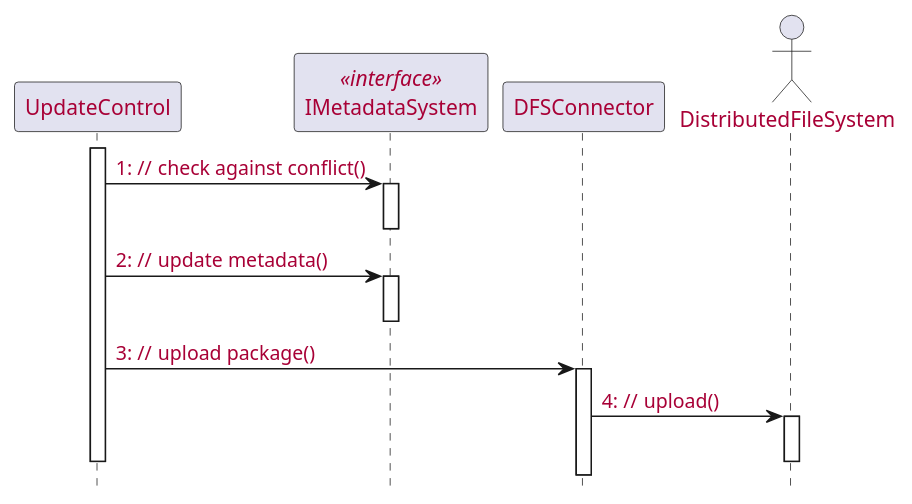
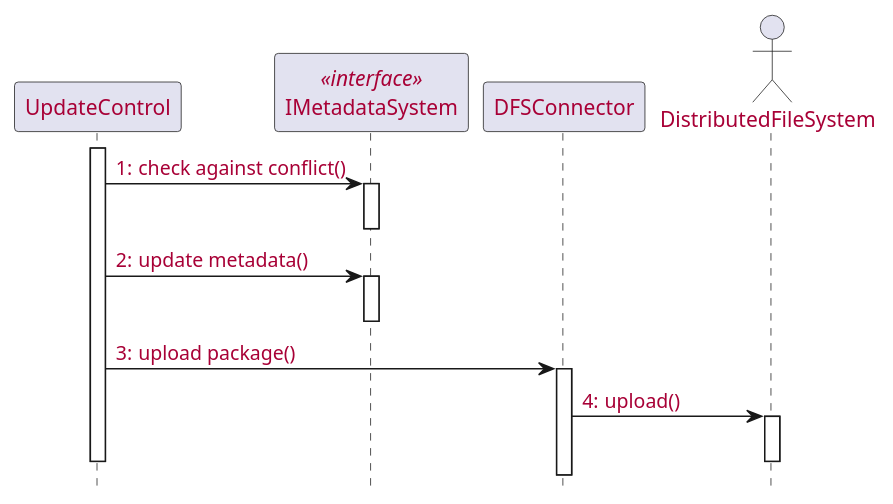
One commit to McSinyx/ipppi changed diagram 13 of 14 in source/solution/use-case-design.rst. Above: the diagram before and after it, drawn with PlantUML. The commit also changed other lines of this file and 1 other file, not shown here.

```diff
--- a/source/solution/use-case-design.rst
+++ b/source/solution/use-case-design.rst
@@ -504,22 +432,22 @@
 .. uml::
 
    skinparam defaultFontColor #a80036
-   autonumber "#: //"
+   autonumber "#:"
    autoactivate on
    hide footbox
 
    participant UpdateControl
    participant IMetadataSystem <<interface>>
    participant DFSConnector
    actor DistributedFileSystem
 
    activate UpdateControl
    UpdateControl -> IMetadataSystem : check against conflict()
    deactivate IMetadataSystem
    UpdateControl -> IMetadataSystem : update metadata()
    deactivate IMetadataSystem
    UpdateControl -> DFSConnector : upload package()
    DFSConnector -> DistributedFileSystem : upload()
    deactivate IMetadataSystem
    deactivate UpdateControl
    deactivate DistributedFileSystem
```
